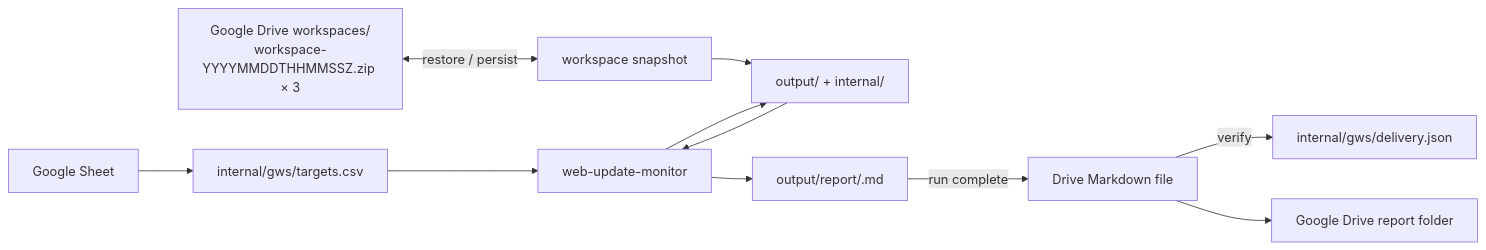
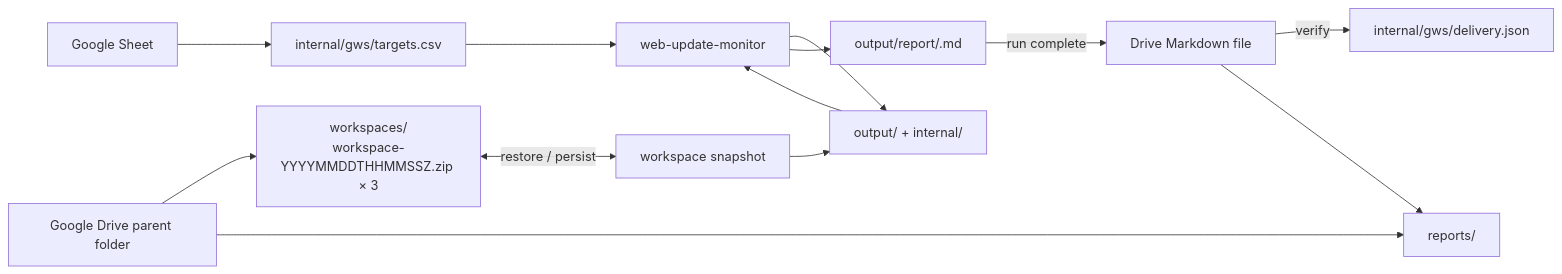
One commit to dceoy/wsum changed the first of 2 diagrams in README.md. Above: the diagram before and after it, drawn with Mermaid. The commit also changed other lines of this file, not shown here.

Commit message:
docs(gws): resolve Drive folders from one parent (README.md)

````diff
--- a/README.md
+++ b/README.md
@@ -23,13 +23,15 @@
 ```mermaid
 flowchart LR
     GS["Google Sheet"] --> CSV["internal/gws/targets.csv"]
-    DS["Google Drive workspaces/<br/>workspace-YYYYMMDDTHHMMSSZ.zip × 3"] <-->|restore / persist| WS["workspace snapshot"]
+    DP["Google Drive parent folder"] --> DS["workspaces/<br/>workspace-YYYYMMDDTHHMMSSZ.zip × 3"]
+    DP --> DR["reports/"]
+    DS <-->|restore / persist| WS["workspace snapshot"]
     WS --> WORKSPACE["output/ + internal/"]
     CSV --> CORE["web-update-monitor"]
     WORKSPACE --> CORE
     CORE --> WORKSPACE
     CORE --> REPORT["output/report/<run-id>.md"]
     REPORT -->|run complete| GMD["Drive Markdown file"]
     GMD -->|verify| DELIVERY["internal/gws/delivery.json"]
-    GMD --> DR["Google Drive report folder"]
+    GMD --> DR
 ```
````
